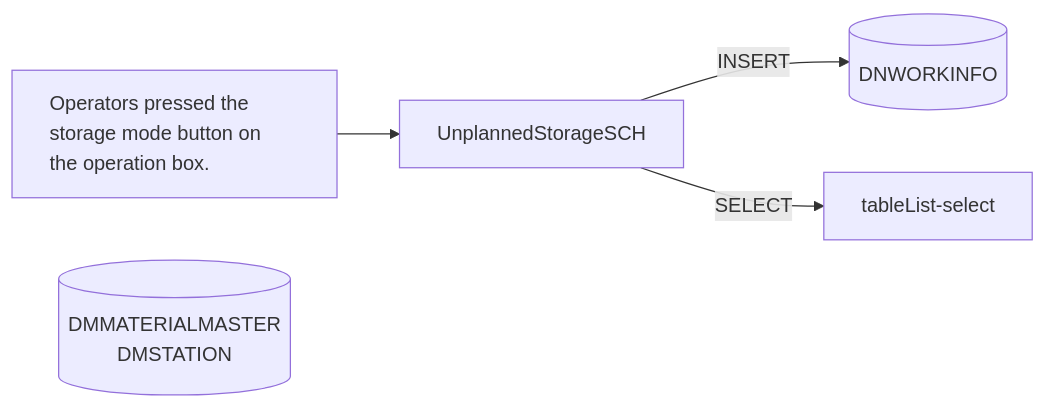
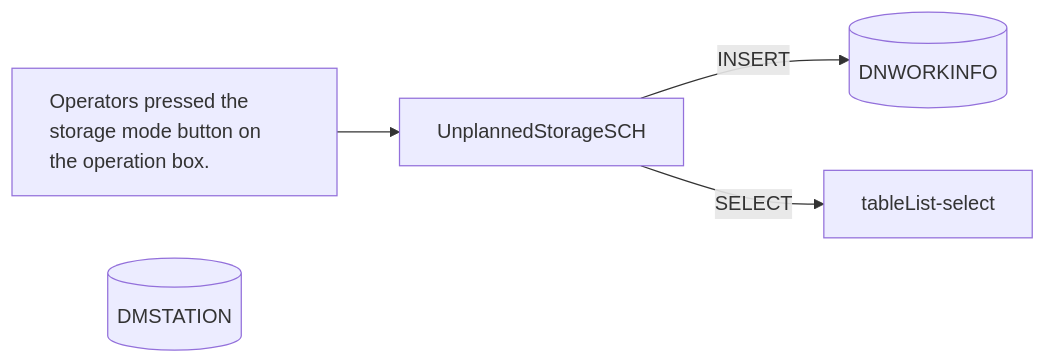
The first of 21 diagrams in Basic-Design/DFD-WMS/Storage/Unplanned-Storage/Unplanned-Storage-from-HP.md (luthfiadityaa/SimeDarby-Wiki), drawn with Mermaid before and after one commit.

Commit message:
Updated Unplanned Storage from HP

```diff
--- a/Basic-Design/DFD-WMS/Storage/Unplanned-Storage/Unplanned-Storage-from-HP.md
+++ b/Basic-Design/DFD-WMS/Storage/Unplanned-Storage/Unplanned-Storage-from-HP.md
@@ -51,24 +51,23 @@
 ::: mermaid
 flowchart LR
     input[
         Operators pressed the storage mode button on the operation box.      
     ]
 
     tableList-insert[("
         DNWORKINFO
     ")]
 
     tableList-update[("
-        DMMATERIALMASTER
         DMSTATION
     ")]
 
 
     className[UnplannedStorageSCH]
 
     input --> className --> |INSERT| tableList-insert
     className --> |SELECT| tableList-select
 
     classDef leftAlign text-align:left;
     class input leftAlign;
 :::
```
